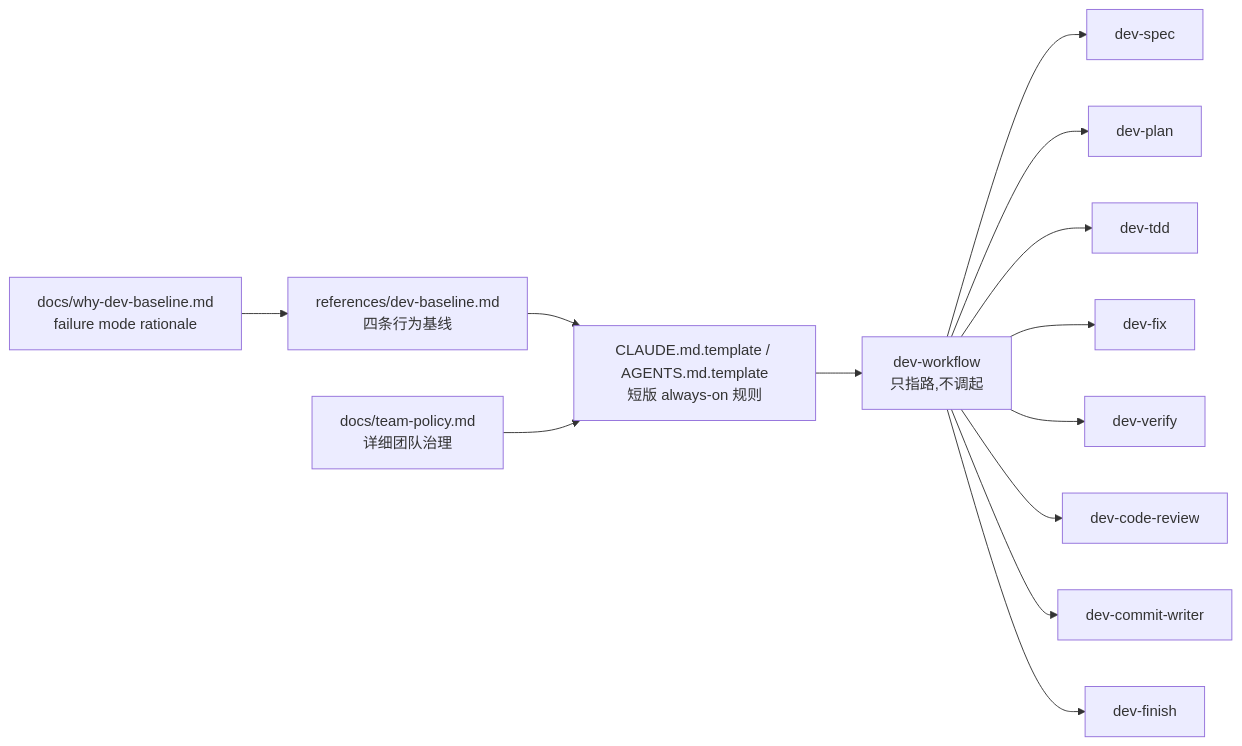
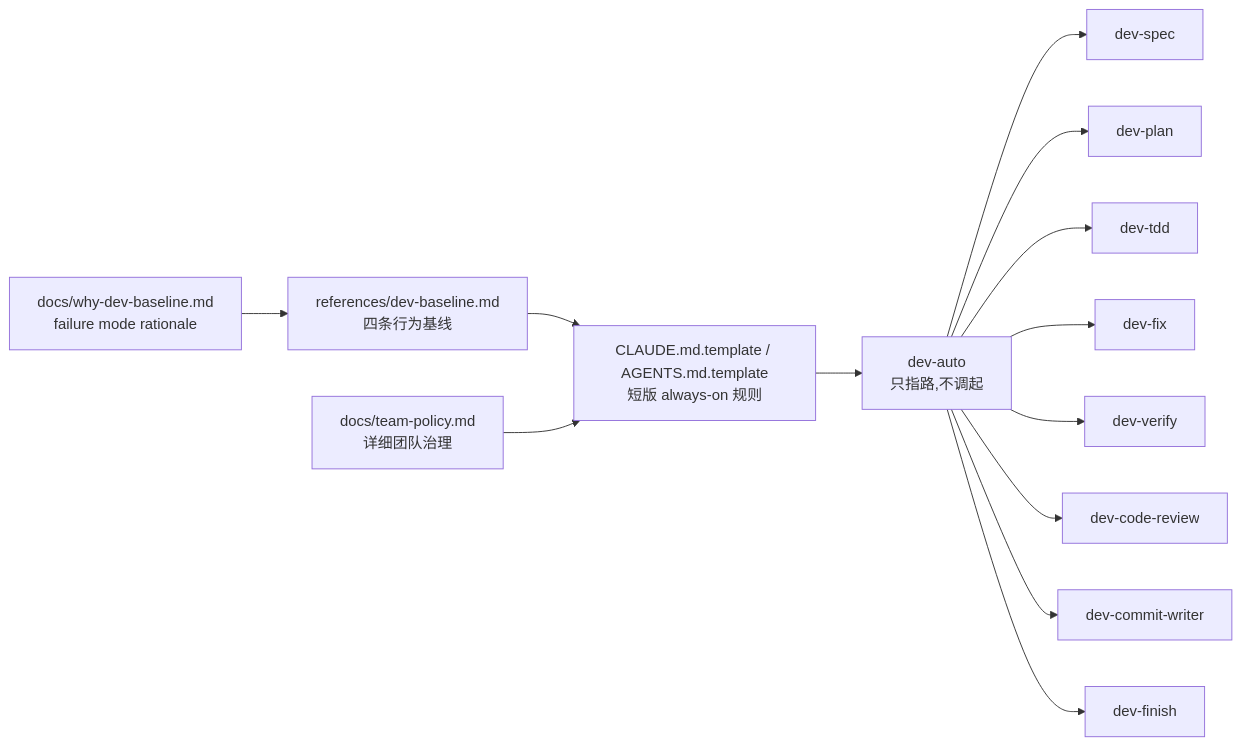
The first of 2 diagrams in README.md (Jason-chen-coder/dev-skills), drawn with Mermaid before and after one commit. The commit also changed other lines of this file and 29 other files, not shown here.

First line of the commit message:
feat: rename workflow skill to dev-auto

````diff
--- a/README.md
+++ b/README.md
@@ -202,21 +202,21 @@
 ```mermaid
 flowchart LR
   Baseline["references/dev-baseline.md<br/>四条行为基线"]
   Why["docs/why-dev-baseline.md<br/>failure mode rationale"]
   Policy["docs/team-policy.md<br/>详细团队治理"]
   Team["CLAUDE.md.template / AGENTS.md.template<br/>短版 always-on 规则"]
-  Workflow["dev-workflow<br/>只指路,不调起"]
+  Workflow["dev-auto<br/>只指路,不调起"]
 
   Why --> Baseline
   Baseline --> Team
   Policy --> Team
   Team --> Workflow
   Workflow --> Spec["dev-spec"]
   Workflow --> Plan["dev-plan"]
   Workflow --> TDD["dev-tdd"]
   Workflow --> Fix["dev-fix"]
   Workflow --> Verify["dev-verify"]
   Workflow --> Review["dev-code-review"]
   Workflow --> Commit["dev-commit-writer"]
   Workflow --> Finish["dev-finish"]
 ```
````
